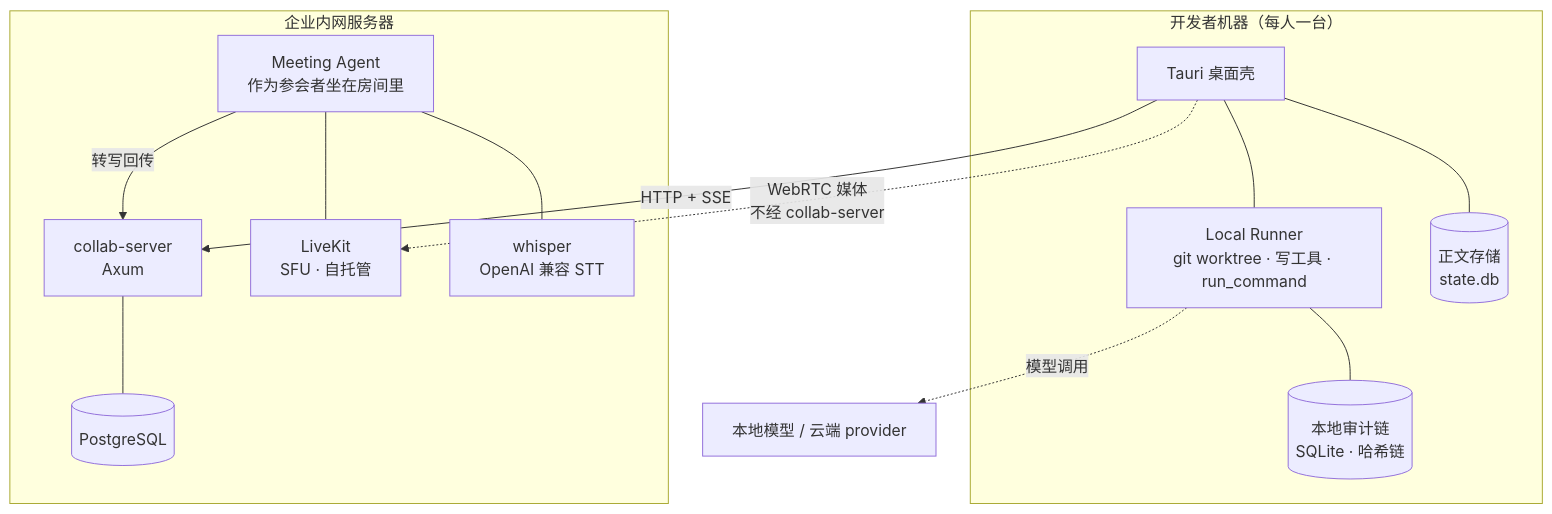
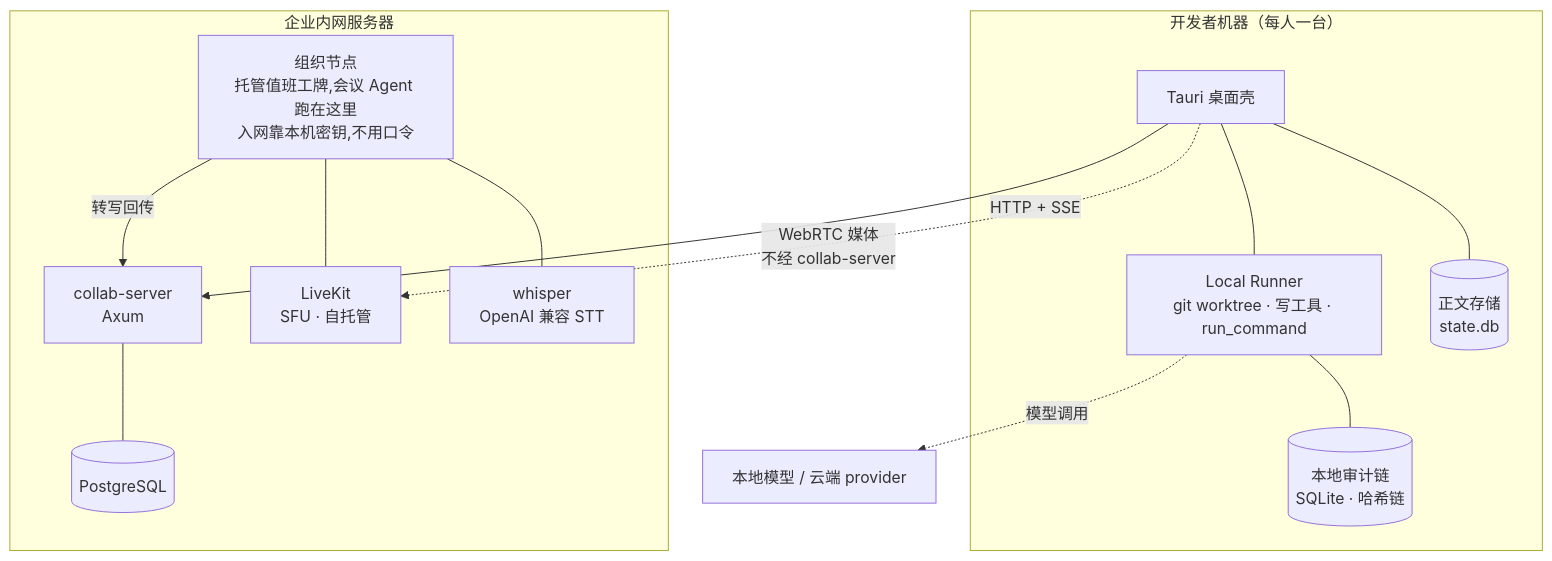
The first of 4 diagrams in docs/服务端架构.md (shunzhiyimiao/muster), drawn with Mermaid before and after one commit. The commit also changed other lines of this file and 7 other files, not shown here.

````diff
--- a/docs/服务端架构.md
+++ b/docs/服务端架构.md
@@ -17,27 +17,27 @@
 ```mermaid
 graph TB
     subgraph 开发者机器["开发者机器（每人一台）"]
         T[Tauri 桌面壳]
         R[Local Runner<br/>git worktree · 写工具 · run_command]
         A[(本地审计链<br/>SQLite · 哈希链)]
         S[(正文存储<br/>state.db)]
         T --- R --- A
         T --- S
     end
 
     subgraph 企业内网服务器
         CS[collab-server<br/>Axum]
         PG[(PostgreSQL)]
         LK[LiveKit<br/>SFU · 自托管]
         W[whisper<br/>OpenAI 兼容 STT]
-        AG[Meeting Agent<br/>作为参会者坐在房间里]
+        AG[组织节点<br/>托管值班工牌,会议 Agent 跑在这里<br/>入网靠本机密钥,不用口令]
         CS --- PG
         AG --- W
     end
 
     T -->|HTTP + SSE| CS
     T -.->|WebRTC 媒体<br/>不经 collab-server| LK
     AG --- LK
     AG -->|转写回传| CS
     R -.->|模型调用| M[本地模型 / 云端 provider]
 ```
````
